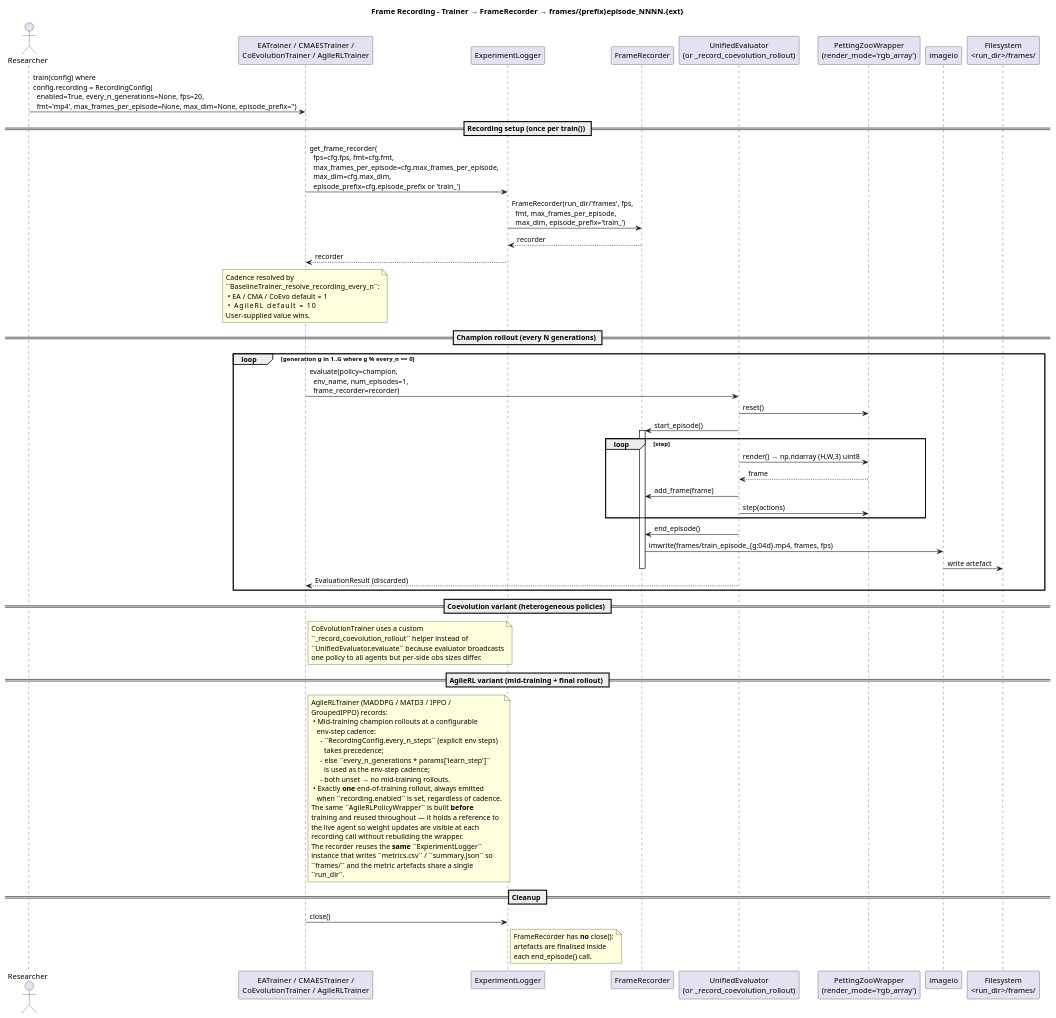
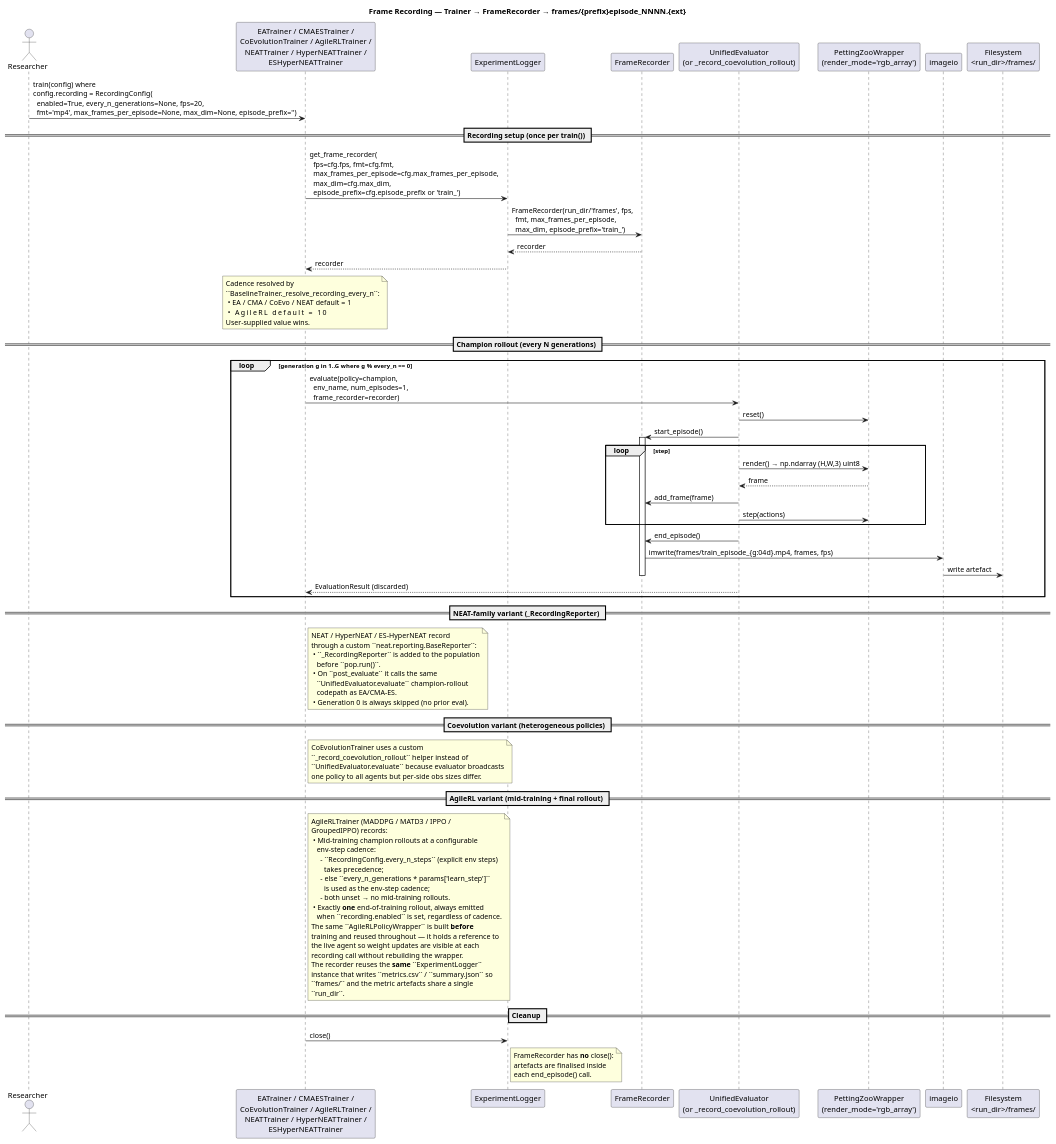
One commit to Alex180504/DEAP-Zoo-bridge changed the diagram in docs/UML/sequence_frame_recording.puml. Above: the diagram before and after it, drawn with PlantUML. The commit also changed 3 other files, not shown here.

Commit message:
Update UML

```diff
--- a/docs/UML/sequence_frame_recording.puml
+++ b/docs/UML/sequence_frame_recording.puml
@@ -1,87 +1,99 @@
 @startuml sequence_frame_recording
-title Frame Recording – Trainer → FrameRecorder → frames/{prefix}episode_NNNN.{ext}
+title Frame Recording — Trainer → FrameRecorder → frames/{prefix}episode_NNNN.{ext}
 
 actor "Researcher" as R
-participant "EATrainer / CMAESTrainer /\nCoEvolutionTrainer / AgileRLTrainer" as T
+participant "EATrainer / CMAESTrainer /\nCoEvolutionTrainer / AgileRLTrainer /\nNEATTrainer / HyperNEATTrainer /\nESHyperNEATTrainer" as T
 participant "ExperimentLogger" as EL
 participant "FrameRecorder" as FR
 participant "UnifiedEvaluator\n(or _record_coevolution_rollout)" as UE
 participant "PettingZooWrapper\n(render_mode='rgb_array')" as PZ
 participant "imageio" as IO
 participant "Filesystem\n<run_dir>/frames/" as FS
 
 R -> T: train(config) where\nconfig.recording = RecordingConfig(\n  enabled=True, every_n_generations=None, fps=20,\n  fmt='mp4', max_frames_per_episode=None, max_dim=None, episode_prefix='')
 
 == Recording setup (once per train()) ==
 T -> EL: get_frame_recorder(\n  fps=cfg.fps, fmt=cfg.fmt,\n  max_frames_per_episode=cfg.max_frames_per_episode,\n  max_dim=cfg.max_dim,\n  episode_prefix=cfg.episode_prefix or 'train_')
 EL -> FR: FrameRecorder(run_dir/'frames', fps,\n  fmt, max_frames_per_episode,\n  max_dim, episode_prefix='train_')
 FR --> EL: recorder
 EL --> T: recorder
 
 note over T
   Cadence resolved by
   ``BaselineTrainer._resolve_recording_every_n``:
-   • EA / CMA / CoEvo  default = 1
-   • AgileRL           default = 10
+   • EA / CMA / CoEvo / NEAT  default = 1
+   • AgileRL                 default = 10
   User-supplied value wins.
 end note
 
 == Champion rollout (every N generations) ==
 loop generation g in 1..G  where g % every_n == 0
     T -> UE: evaluate(policy=champion,\n  env_name, num_episodes=1,\n  frame_recorder=recorder)
     UE -> PZ: reset()
     UE -> FR: start_episode()
     activate FR
     loop step
         UE -> PZ: render() → np.ndarray (H,W,3) uint8
         PZ --> UE: frame
         UE -> FR: add_frame(frame)
         UE -> PZ: step(actions)
     end
     UE -> FR: end_episode()
     FR -> IO: imwrite(frames/train_episode_{g:04d}.mp4, frames, fps)
     IO -> FS: write artefact
     deactivate FR
     UE --> T: EvaluationResult (discarded)
 end
+
+== NEAT-family variant (_RecordingReporter) ==
+note right of T
+  NEAT / HyperNEAT / ES-HyperNEAT record
+  through a custom ``neat.reporting.BaseReporter``:
+   • ``_RecordingReporter`` is added to the population
+     before ``pop.run()``.
+   • On ``post_evaluate`` it calls the same
+     ``UnifiedEvaluator.evaluate`` champion-rollout
+     codepath as EA/CMA-ES.
+   • Generation 0 is always skipped (no prior eval).
+end note
 
 == Coevolution variant (heterogeneous policies) ==
 note right of T
   CoEvolutionTrainer uses a custom
   ``_record_coevolution_rollout`` helper instead of
   ``UnifiedEvaluator.evaluate`` because evaluator broadcasts
   one policy to all agents but per-side obs sizes differ.
 end note
 
 == AgileRL variant (mid-training + final rollout) ==
 note right of T
   AgileRLTrainer (MADDPG / MATD3 / IPPO /
   GroupedIPPO) records:
    • Mid-training champion rollouts at a configurable
      env-step cadence:
        - ``RecordingConfig.every_n_steps`` (explicit env steps)
          takes precedence;
        - else ``every_n_generations * params['learn_step']``
          is used as the env-step cadence;
        - both unset → no mid-training rollouts.
    • Exactly **one** end-of-training rollout, always emitted
      when ``recording.enabled`` is set, regardless of cadence.
   The same ``AgileRLPolicyWrapper`` is built **before**
   training and reused throughout — it holds a reference to
   the live agent so weight updates are visible at each
   recording call without rebuilding the wrapper.
   The recorder reuses the **same** ``ExperimentLogger``
   instance that writes ``metrics.csv`` / ``summary.json`` so
   ``frames/`` and the metric artefacts share a single
   ``run_dir``.
 end note
 
 == Cleanup ==
 T -> EL: close()
 note right of EL
   FrameRecorder has **no** close():
   artefacts are finalised inside
   each end_episode() call.
 end note
 
 @enduml
```
